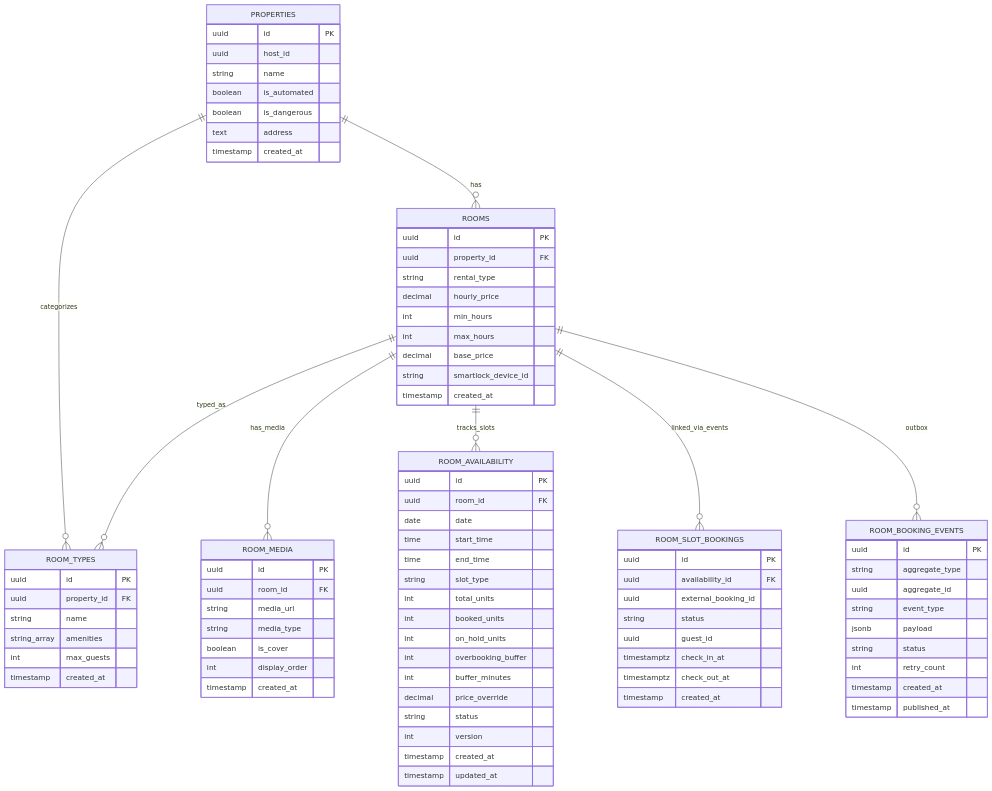
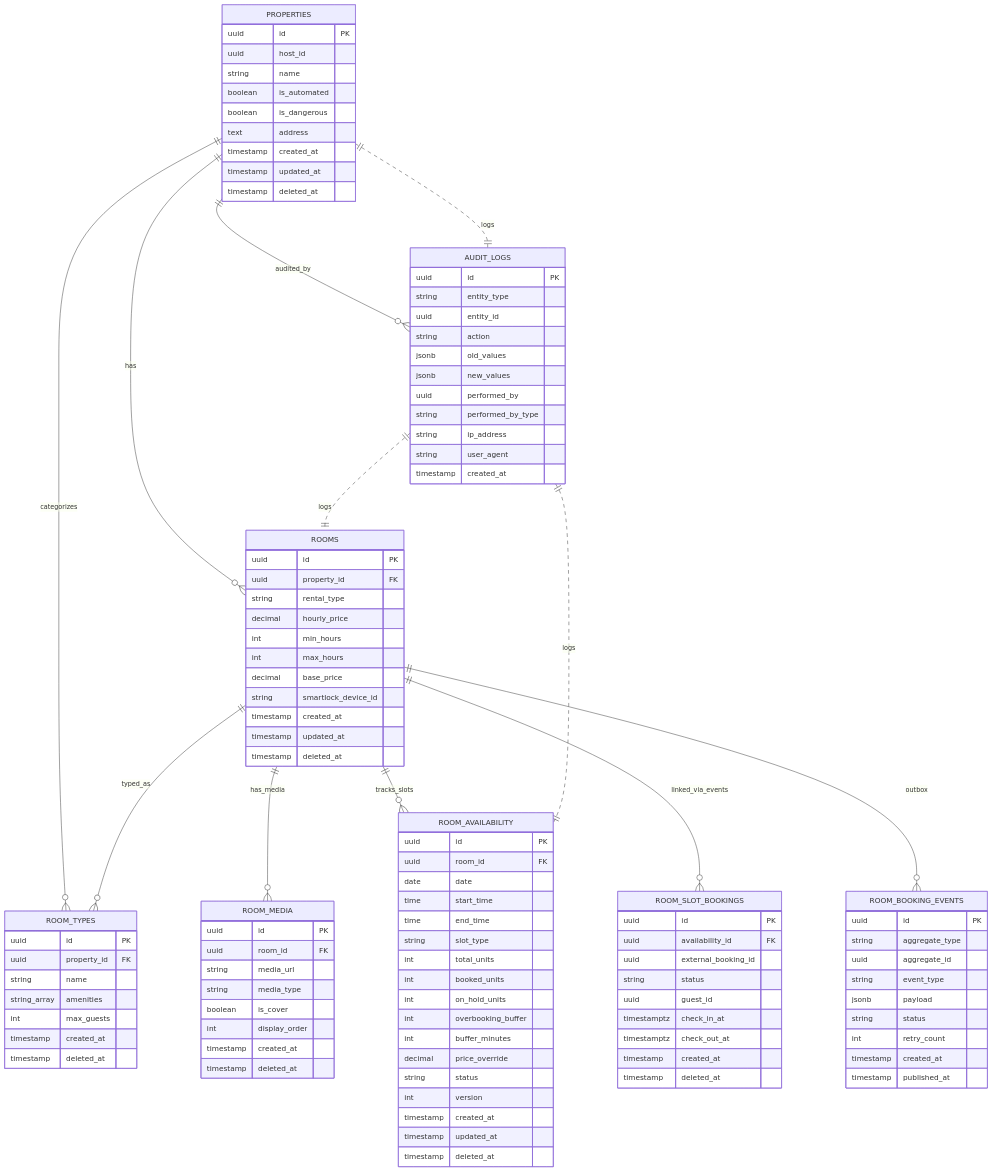
Before and after one commit to PhamVietHoangFPT/databaseHomi: the first of 41 diagrams in Mermaid.md, drawn with Mermaid. The commit also changed other lines of this file and 2 other files, not shown here.

First line of the commit message:
Add audit logs, state machines and integrity docs

```diff
--- a/Mermaid.md
+++ b/Mermaid.md
@@ -15,6 +15,11 @@
     ROOMS ||--o{ ROOM_AVAILABILITY : tracks_slots
     ROOMS ||--o{ ROOM_SLOT_BOOKINGS : linked_via_events
     ROOMS ||--o{ ROOM_BOOKING_EVENTS : outbox
+    PROPERTIES ||--o{ AUDIT_LOGS : audited_by
+
+    AUDIT_LOGS ||..|| PROPERTIES : logs
+    AUDIT_LOGS ||..|| ROOMS : logs
+    AUDIT_LOGS ||..|| ROOM_AVAILABILITY : logs
 
     PROPERTIES {
         uuid id PK
@@ -24,6 +29,8 @@
         boolean is_dangerous
         text address
         timestamp created_at
+        timestamp updated_at
+        timestamp deleted_at
     }
 
     ROOMS {
@@ -36,6 +43,8 @@
         decimal base_price
         string smartlock_device_id
         timestamp created_at
+        timestamp updated_at
+        timestamp deleted_at
     }
 
     ROOM_TYPES {
@@ -45,6 +54,7 @@
         string_array amenities
         int max_guests
         timestamp created_at
+        timestamp deleted_at
     }
 
     ROOM_MEDIA {
@@ -54,6 +64,21 @@
         string media_type
         boolean is_cover
         int display_order
+        timestamp created_at
+        timestamp deleted_at
+    }
+
+    AUDIT_LOGS {
+        uuid id PK
+        string entity_type
+        uuid entity_id
+        string action
+        jsonb old_values
+        jsonb new_values
+        uuid performed_by
+        string performed_by_type
+        string ip_address
+        string user_agent
         timestamp created_at
     }
 
@@ -74,6 +99,7 @@
         int version
         timestamp created_at
         timestamp updated_at
+        timestamp deleted_at
     }
 
     ROOM_SLOT_BOOKINGS {
@@ -85,6 +111,7 @@
         timestamptz check_in_at
         timestamptz check_out_at
         timestamp created_at
+        timestamp deleted_at
     }
 
     ROOM_BOOKING_EVENTS {
```
